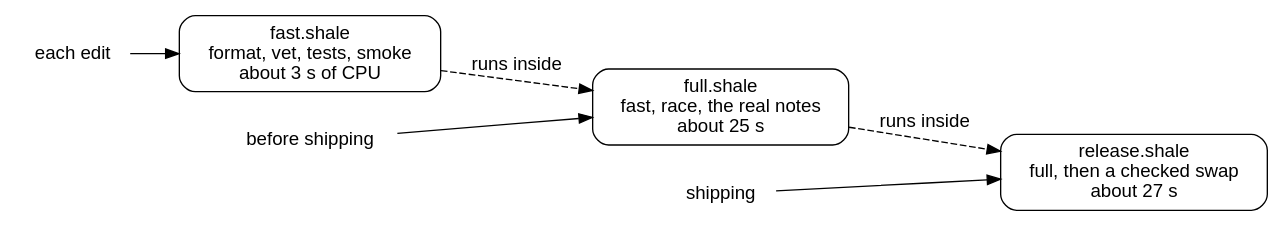
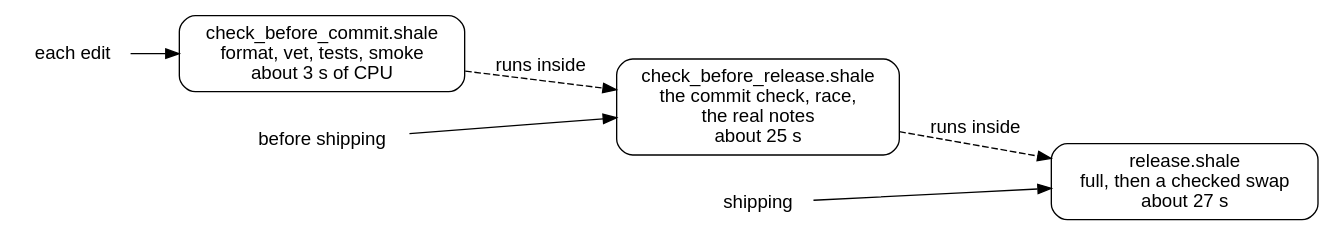
One commit to showell/shale changed the third of 4 diagrams in book/book.md. Above: the diagram before and after it, drawn with Graphviz. The commit also changed other lines of this file and 9 other files, not shown here.

````diff
--- a/book/book.md
+++ b/book/book.md
@@ -515,18 +515,18 @@
 ```dot
 digraph checks {
   rankdir=LR;
   node [shape=box, style="rounded", fontname="Helvetica", margin="0.15,0.08"];
   edge [fontname="Helvetica"];
   edit [label="each edit", shape=plaintext];
   ship [label="before shipping", shape=plaintext];
   shipping [label="shipping", shape=plaintext];
-  fast [label="fast.shale\nformat, vet, tests, smoke\nabout 3 s of CPU"];
-  full [label="full.shale\nfast, race, the real notes\nabout 25 s"];
+  fast [label="check_before_commit.shale\nformat, vet, tests, smoke\nabout 3 s of CPU"];
+  full [label="check_before_release.shale\nthe commit check, race,\nthe real notes\nabout 25 s"];
   rel [label="release.shale\nfull, then a checked swap\nabout 27 s"];
   edit -> fast;
   ship -> full;
   shipping -> rel;
   fast -> full [label="runs inside", style=dashed];
   full -> rel [label="runs inside", style=dashed];
 }
 ```
````
